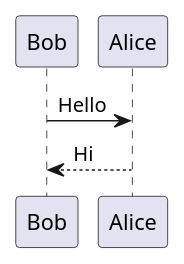
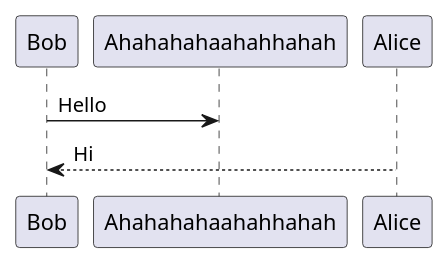
One commit to yuzutech/kroki changed the first of 5 diagrams in all-diagrams.md. Above: the diagram before and after it, drawn with PlantUML.

````diff
--- a/all-diagrams.md
+++ b/all-diagrams.md
@@ -10,6 +10,6 @@
 ```plantuml
 @startuml
-Bob -> Alice : Hello
+Bob -> Ahahahahaahahhahah : Hello
 Alice --> Bob : Hi
 @enduml
 ```
````
